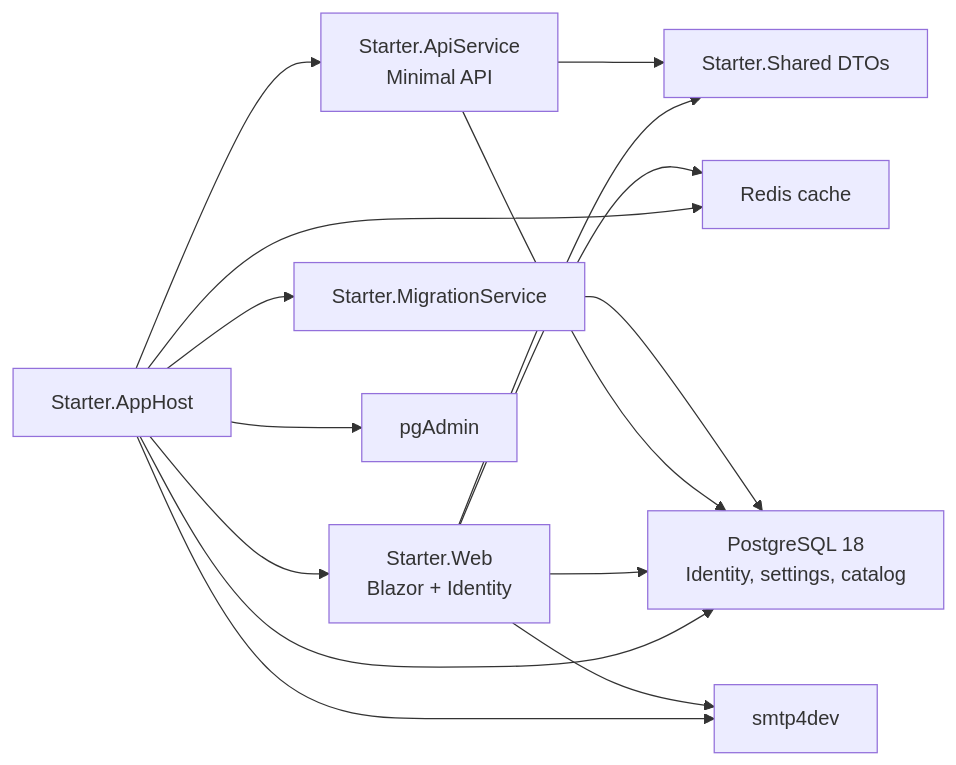
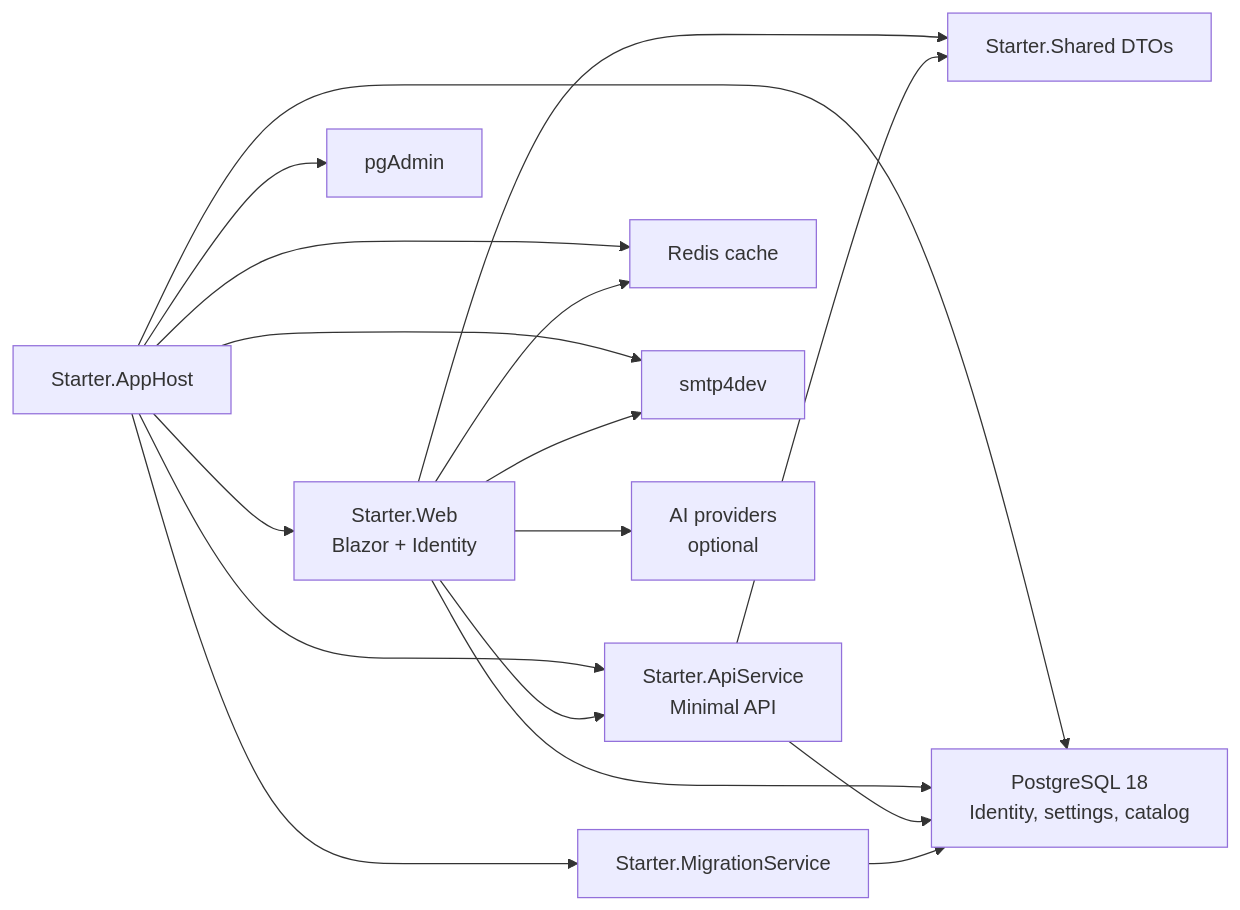
The diagram in README.md (vwzhang/Starter), drawn with Mermaid before and after one commit. The commit also changed other lines of this file and 19 other files, not shown here.

````diff
--- a/README.md
+++ b/README.md
@@ -118,18 +120,20 @@
 ```mermaid
 flowchart LR
     AppHost["Starter.AppHost"] --> Web["Starter.Web<br/>Blazor + Identity"]
     AppHost --> Api["Starter.ApiService<br/>Minimal API"]
     AppHost --> Migrations["Starter.MigrationService"]
     AppHost --> Redis["Redis cache"]
     AppHost --> Postgres["PostgreSQL 18<br/>Identity, settings, catalog"]
     AppHost --> PgAdmin["pgAdmin"]
     AppHost --> Smtp["smtp4dev"]
 
     Web --> Shared["Starter.Shared DTOs"]
     Api --> Shared
     Web --> Postgres
     Api --> Postgres
     Migrations --> Postgres
     Web --> Redis
     Web --> Smtp
+    Web --> Api
+    Web --> AiProviders["AI providers<br/>optional"]
 ```
````
